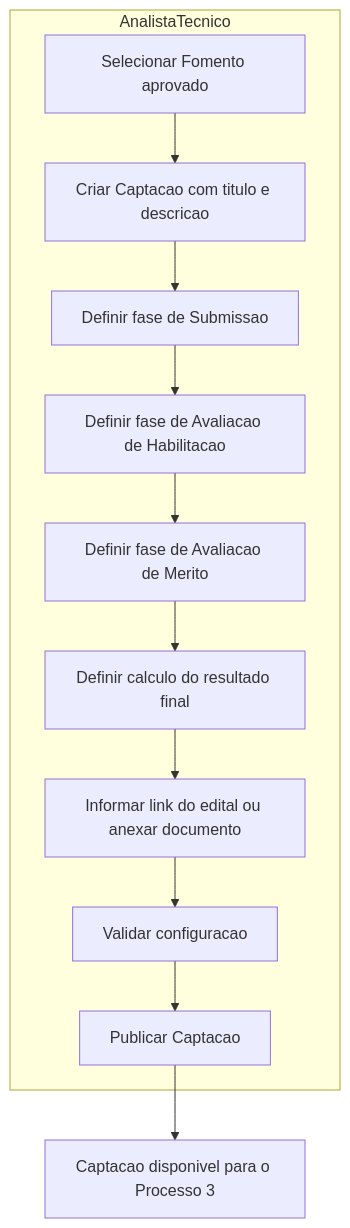
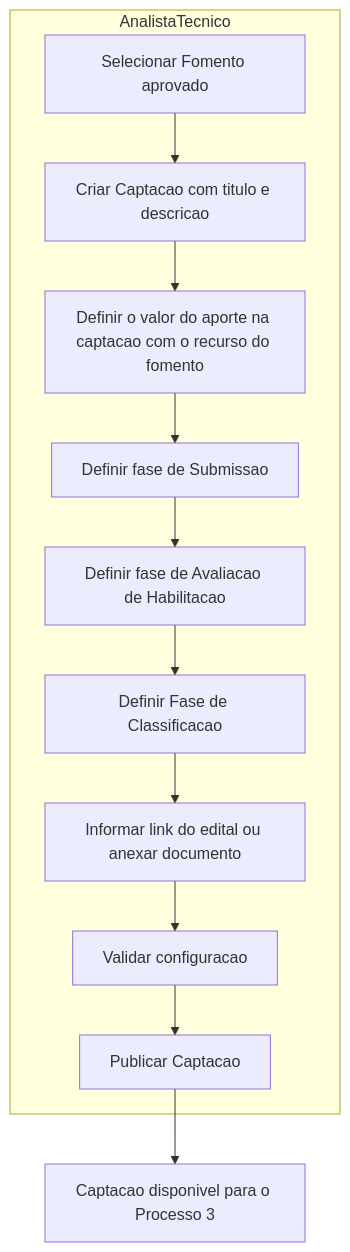
One commit to Czzped/conecta-fapes-teste changed the first of 3 diagrams in docs/implementation/modules/M011-configuracao-captacao/process/process-configuracao-captacao.md. Above: the diagram before and after it, drawn with Mermaid. The commit also changed other lines of this file and 2 other files, not shown here.

Commit message:
docs(M011): refina P2 com fases de avaliacao e distribuicao de valor por captacao
- Adiciona fases de Habilitacao e Classificacao com subatividades, pesos, perfil do avaliador e subatividade de Recurso (data + formulario)
- Adiciona atividade "Definir o valor do aporte na captacao com o recurso do fomento" no fluxo de P2
- Remove atividade "Definir calculo do resultado final" de P2
- Adiciona RN-F24 em P1: valor do fomento distribuivel por captacao e por faixa
- Adiciona atividade 12 (remanejamento entre rubricas) em P1 com pendencia de aprovacao FAPES

````diff
--- a/docs/implementation/modules/M011-configuracao-captacao/process/process-configuracao-captacao.md
+++ b/docs/implementation/modules/M011-configuracao-captacao/process/process-configuracao-captacao.md
@@ -28,17 +28,17 @@
 ```mermaid
 flowchart TD
     subgraph AnalistaTecnico[AnalistaTecnico]
         A[Selecionar Fomento aprovado]
         B[Criar Captacao com titulo e descricao]
+        VAC[Definir o valor do aporte na captacao com o recurso do fomento]
         FSB[Definir fase de Submissao]
         FHA[Definir fase de Avaliacao de Habilitacao]
-        FME[Definir fase de Avaliacao de Merito]
-        RFN[Definir calculo do resultado final]
+        FME[Definir Fase de Classificacao]
         F[Informar link do edital ou anexar documento]
         X[Validar configuracao]
         Z[Publicar Captacao]
     end
 
-    A --> B --> FSB --> FHA --> FME --> RFN --> F --> X --> Z
+    A --> B --> VAC --> FSB --> FHA --> FME --> F --> X --> Z
     Z --> ZA[Captacao disponivel para o Processo 3]
 ```
````
